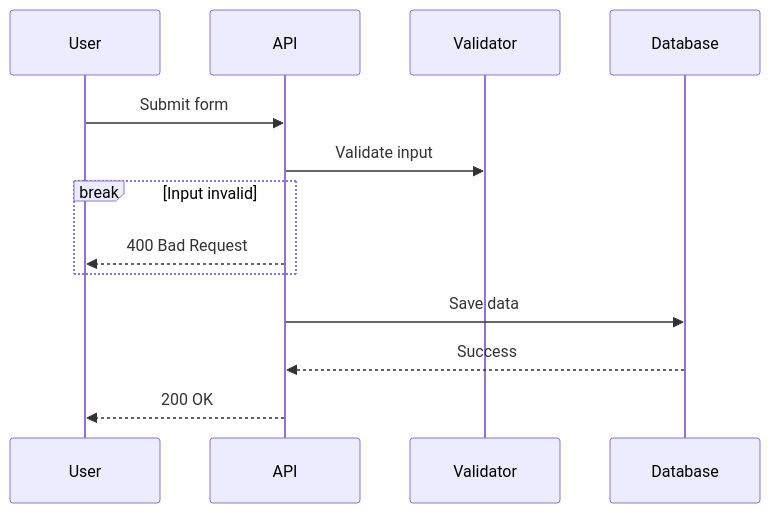
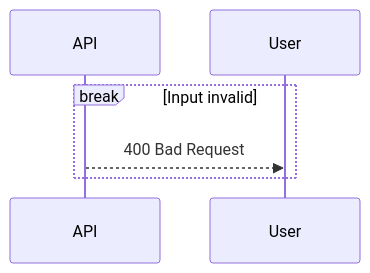
The seventh of 10 diagrams in plugins/general/skills/mermaid-diagrams/references/sequence-diagrams.md (el-feo/ai-context), drawn with Mermaid before and after one commit. The commit also changed other lines of this file and 8 other files, not shown here.

First line of the commit message:
refactor(general): reduce mermaid-diagrams SKILL.md and trim oversized references (#207)

````diff
--- a/plugins/general/skills/mermaid-diagrams/references/sequence-diagrams.md
+++ b/plugins/general/skills/mermaid-diagrams/references/sequence-diagrams.md
@@ -149,13 +84,6 @@
 ```mermaid
 sequenceDiagram
-    User->>API: Submit form
-    API->>Validator: Validate input
-    
     break Input invalid
         API-->>User: 400 Bad Request
     end
-    
-    API->>Database: Save data
-    Database-->>API: Success
-    API-->>User: 200 OK
 ```
````
